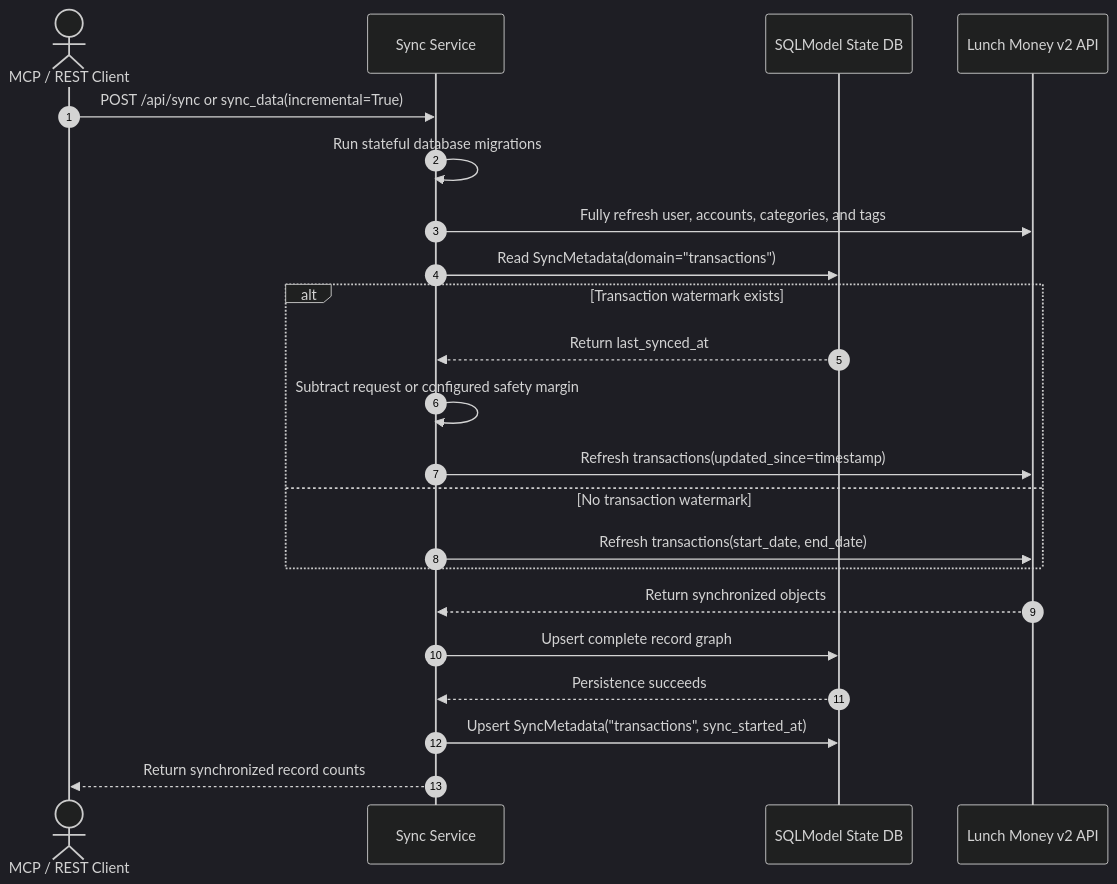
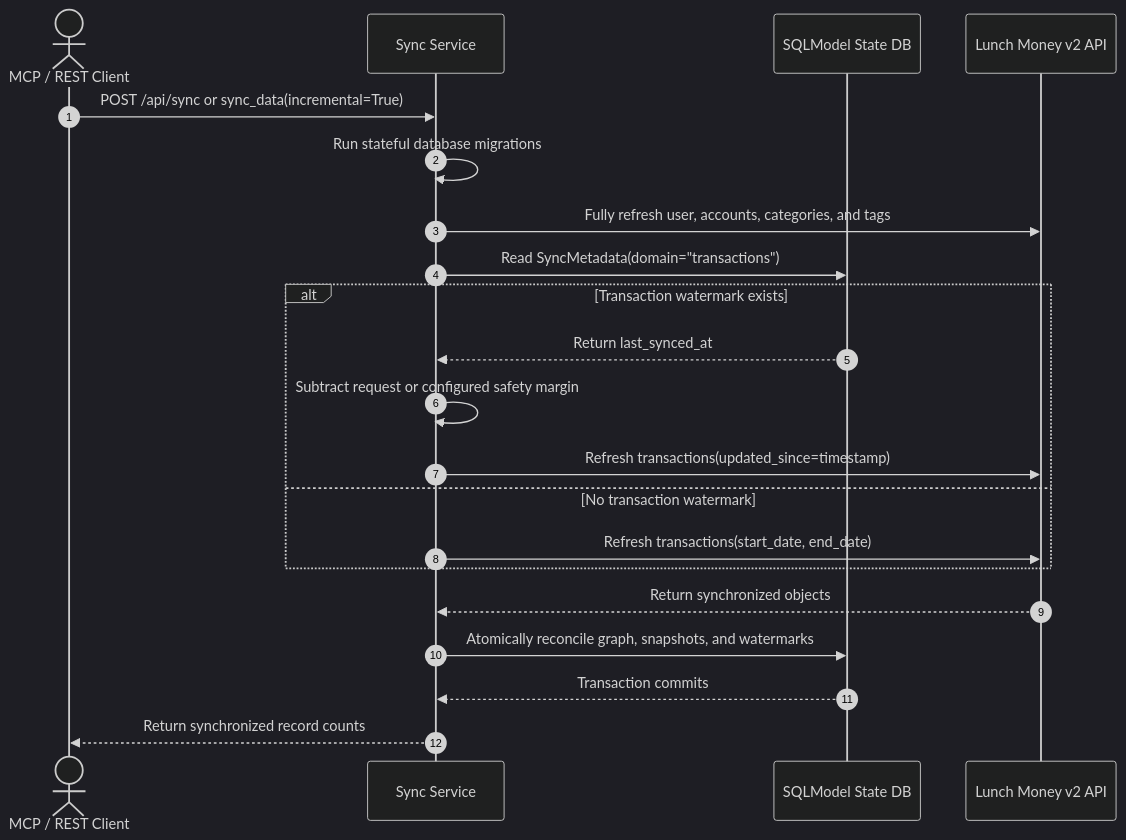
The diagram in docs/maintainers/INCREMENTAL_ETL.md (juftin/lunchmoney-app), drawn with Mermaid (dark theme) before and after one commit. The commit also changed other lines of this file and 34 other files, not shown here.

````diff
--- a/docs/maintainers/INCREMENTAL_ETL.md
+++ b/docs/maintainers/INCREMENTAL_ETL.md
@@ -49,26 +55,25 @@
 ```mermaid
 sequenceDiagram
     autonumber
     actor Client as MCP / REST Client
     participant Service as Sync Service
     participant DB as SQLModel State DB
     participant API as Lunch Money v2 API
 
     Client->>Service: POST /api/sync or sync_data(incremental=True)
     Service->>Service: Run stateful database migrations
     Service->>API: Fully refresh user, accounts, categories, and tags
     Service->>DB: Read SyncMetadata(domain="transactions")
     alt Transaction watermark exists
         DB-->>Service: Return last_synced_at
         Service->>Service: Subtract request or configured safety margin
         Service->>API: Refresh transactions(updated_since=timestamp)
     else No transaction watermark
         Service->>API: Refresh transactions(start_date, end_date)
     end
 
     API-->>Service: Return synchronized objects
-    Service->>DB: Upsert complete record graph
-    DB-->>Service: Persistence succeeds
-    Service->>DB: Upsert SyncMetadata("transactions", sync_started_at)
+    Service->>DB: Atomically reconcile graph, snapshots, and watermarks
+    DB-->>Service: Transaction commits
     Service-->>Client: Return synchronized record counts
 ```
````
